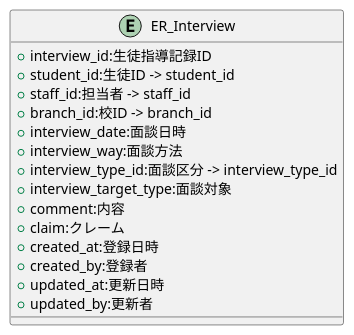
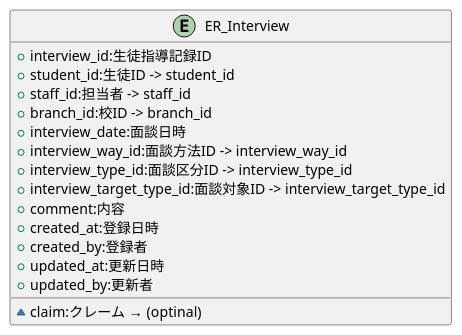
One commit to popoposorara/ERP_ER changed the diagram in Entity/ER_Interview.pu. Above: the diagram before and after it, drawn with PlantUML. The commit also changed 12 other files, not shown here.

```diff
--- a/Entity/ER_Interview.pu
+++ b/Entity/ER_Interview.pu
@@ -1,20 +1,20 @@
 @startuml
 
 entity "ER_Interview"{
     + interview_id:生徒指導記録ID
     + student_id:生徒ID -> student_id
     + staff_id:担当者 -> staff_id
     + branch_id:校ID -> branch_id
     + interview_date:面談日時
-    + interview_way:面談方法
-    + interview_type_id:面談区分 -> interview_type_id
-    + interview_target_type:面談対象
+    + interview_way_id:面談方法ID -> interview_way_id
+    + interview_type_id:面談区分ID -> interview_type_id
+    + interview_target_type_id:面談対象ID -> interview_target_type_id
     + comment:内容
-    + claim:クレーム
+    ~ claim:クレーム  → (optinal)
     + created_at:登録日時
     + created_by:登録者
     + updated_at:更新日時
     + updated_by:更新者
 }
 
 @enduml
```
